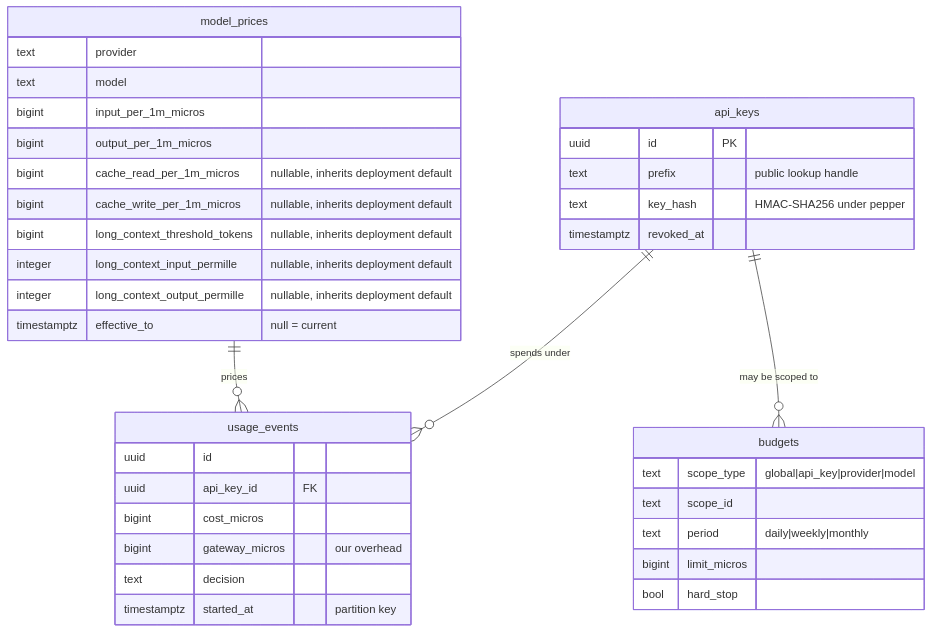
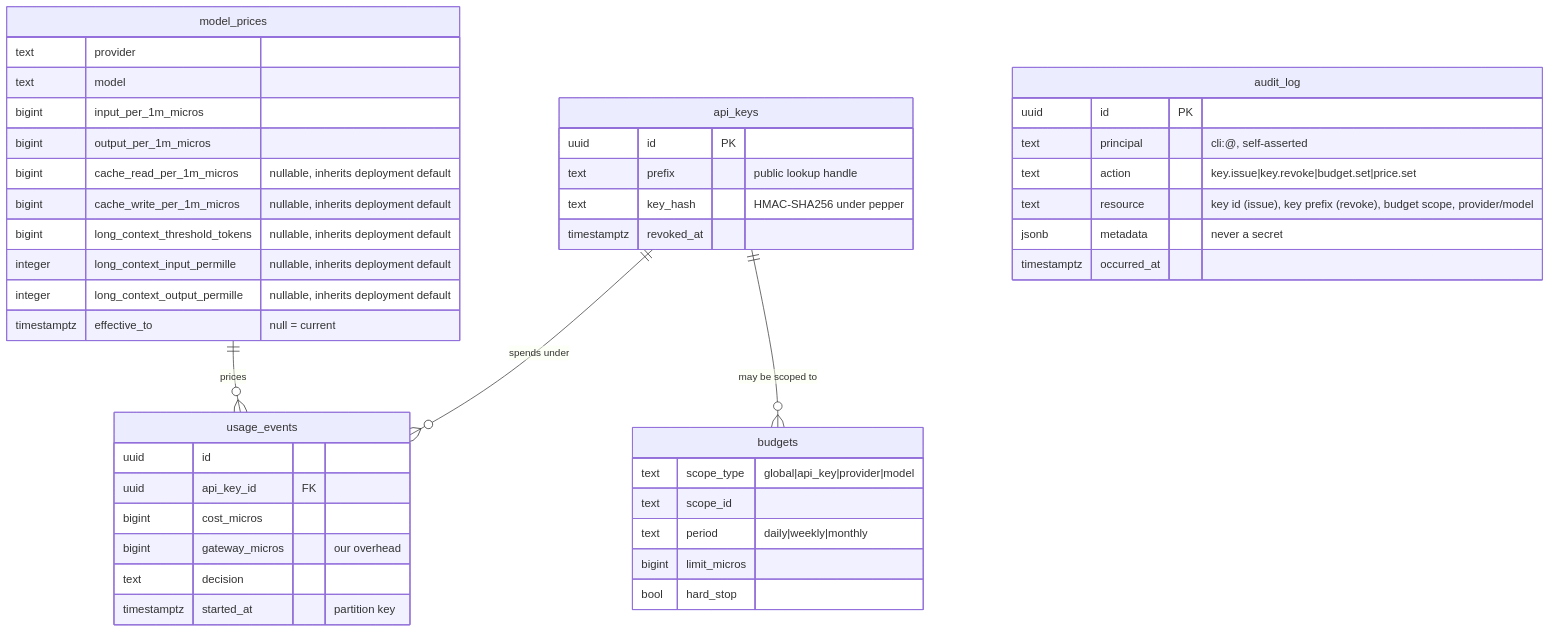
The third of 3 diagrams in docs/ARCHITECTURE.md (sakura-sky/tollgate), drawn with Mermaid before and after one commit. The commit also changed other lines of this file and 8 other files, not shown here.

````diff
--- a/docs/ARCHITECTURE.md
+++ b/docs/ARCHITECTURE.md
@@ -94,39 +94,47 @@
 ```mermaid
 erDiagram
   api_keys ||--o{ usage_events : "spends under"
   api_keys ||--o{ budgets : "may be scoped to"
   model_prices ||--o{ usage_events : "prices"
   api_keys {
     uuid id PK
     text prefix "public lookup handle"
     text key_hash "HMAC-SHA256 under pepper"
     timestamptz revoked_at
   }
   budgets {
     text scope_type "global|api_key|provider|model"
     text scope_id
     text period "daily|weekly|monthly"
     bigint limit_micros
     bool hard_stop
   }
   model_prices {
     text provider
     text model
     bigint input_per_1m_micros
     bigint output_per_1m_micros
     bigint cache_read_per_1m_micros "nullable, inherits deployment default"
     bigint cache_write_per_1m_micros "nullable, inherits deployment default"
     bigint long_context_threshold_tokens "nullable, inherits deployment default"
     integer long_context_input_permille "nullable, inherits deployment default"
     integer long_context_output_permille "nullable, inherits deployment default"
     timestamptz effective_to "null = current"
   }
   usage_events {
     uuid id
     uuid api_key_id FK
     bigint cost_micros
     bigint gateway_micros "our overhead"
     text decision
     timestamptz started_at "partition key"
   }
+  audit_log {
+    uuid id PK
+    text principal "cli:<user>@<host>, self-asserted"
+    text action "key.issue|key.revoke|budget.set|price.set"
+    text resource "key id (issue), key prefix (revoke), budget scope, provider/model"
+    jsonb metadata "never a secret"
+    timestamptz occurred_at
+  }
 ```
````
